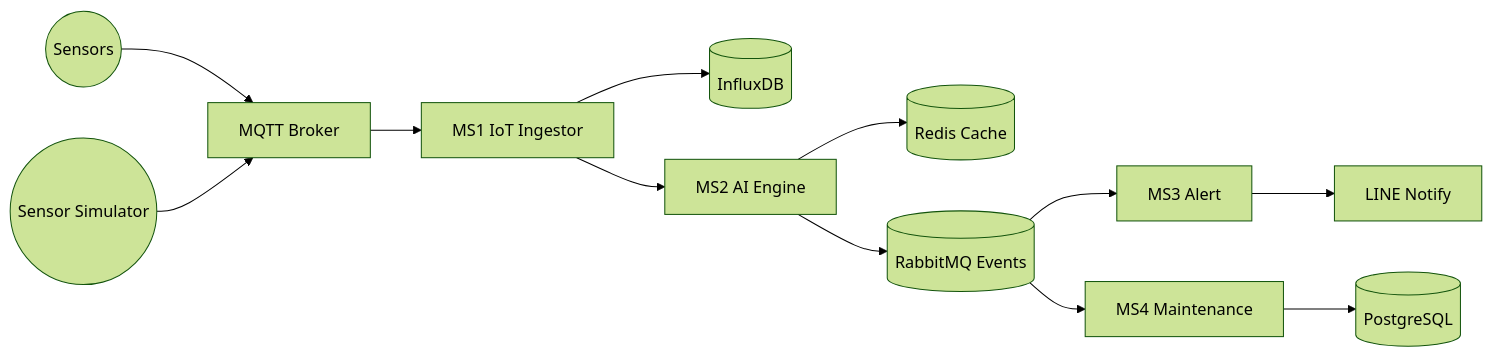
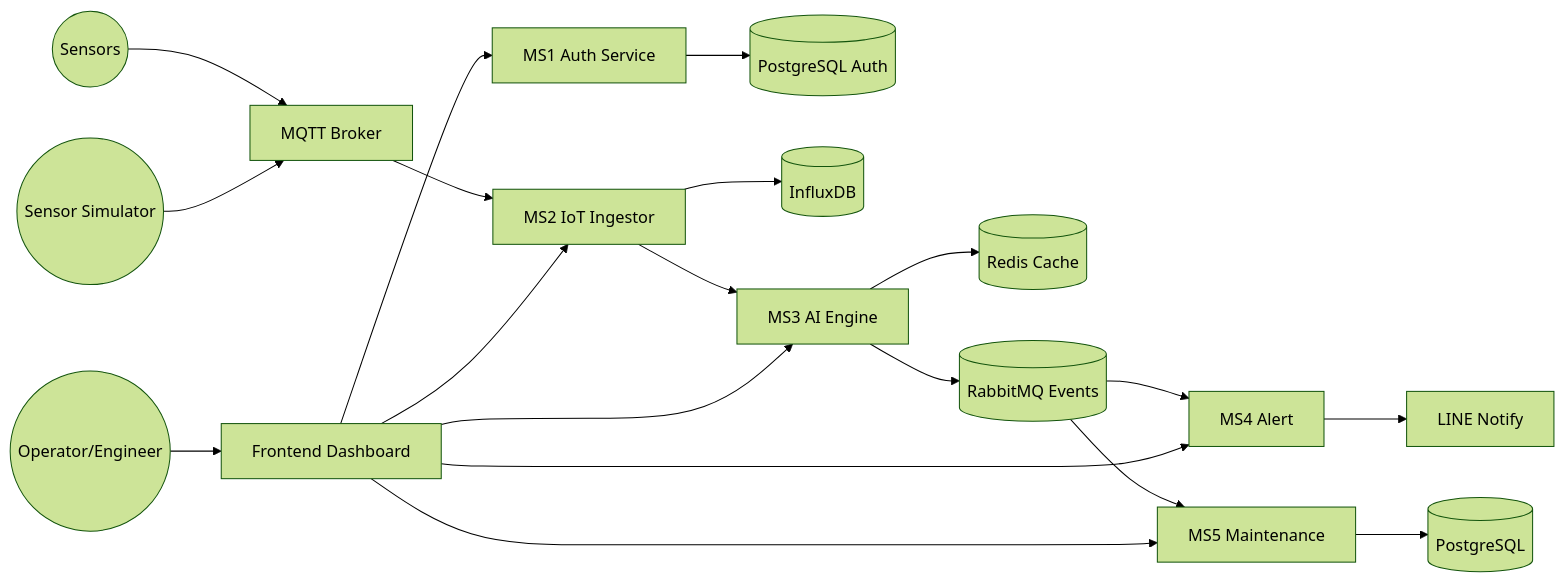
One commit to thidaruttd97gooddaygoodlife/omnivigil_project changed the diagram in docs/architecture.md. Above: the diagram before and after it, drawn with Mermaid (forest theme). The commit also changed other lines of this file and 39 other files, not shown here.

````diff
--- a/docs/architecture.md
+++ b/docs/architecture.md
@@ -4,14 +4,22 @@
 ```mermaid
 flowchart LR
+    User((Operator/Engineer)) --> FE[Frontend Dashboard]
+    FE --> MS1[MS1 Auth Service]
+    MS1 --> AuthDB[(PostgreSQL Auth)]
+
     Sensors((Sensors)) --> MQTT[MQTT Broker]
     Simulator((Sensor Simulator)) --> MQTT
-    MQTT --> MS1[MS1 IoT Ingestor]
-    MS1 --> InfluxDB[(InfluxDB)]
-    MS1 --> MS2[MS2 AI Engine]
-    MS2 --> Redis[(Redis Cache)]
-    MS2 --> RabbitMQ[(RabbitMQ Events)]
-    RabbitMQ --> MS3[MS3 Alert]
-    RabbitMQ --> MS4[MS4 Maintenance]
-    MS3 --> LINE[LINE Notify]
-    MS4 --> Postgres[(PostgreSQL)]
+    MQTT --> MS2[MS2 IoT Ingestor]
+    MS2 --> InfluxDB[(InfluxDB)]
+    MS2 --> MS3[MS3 AI Engine]
+    MS3 --> Redis[(Redis Cache)]
+    MS3 --> RabbitMQ[(RabbitMQ Events)]
+    RabbitMQ --> MS4[MS4 Alert]
+    RabbitMQ --> MS5[MS5 Maintenance]
+    MS4 --> LINE[LINE Notify]
+    MS5 --> Postgres[(PostgreSQL)]
+    FE --> MS2
+    FE --> MS3
+    FE --> MS4
+    FE --> MS5
 ```
````
